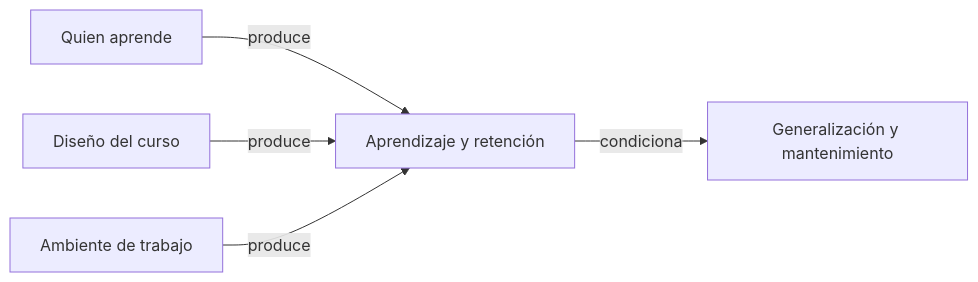
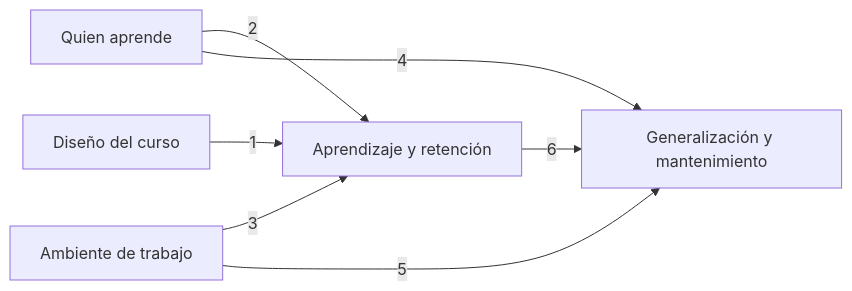
Before and after one commit to mtsdlf/conocimiento: the diagram in Evaluacion-educativa/Evaluar-un-programa/transferencia-de-la-capacitacion.md, drawn with Mermaid. The commit also changed other lines of this file and 29 other files, not shown here.

````diff
--- a/Evaluacion-educativa/Evaluar-un-programa/transferencia-de-la-capacitacion.md
+++ b/Evaluacion-educativa/Evaluar-un-programa/transferencia-de-la-capacitacion.md
@@ -33,7 +36,9 @@
 ```mermaid
 flowchart LR
-  A[Quien aprende] -->|produce| L[Aprendizaje y retención]
-  D[Diseño del curso] -->|produce| L
-  W[Ambiente de trabajo] -->|produce| L
-  L -->|condiciona| T[Generalización y mantenimiento]
+  D[Diseño del curso] -->|1| L[Aprendizaje y retención]
+  A[Quien aprende] -->|2| L
+  W[Ambiente de trabajo] -->|3| L
+  A -->|4| T[Generalización y mantenimiento]
+  W -->|5| T
+  L -->|6| T
 ```
````
